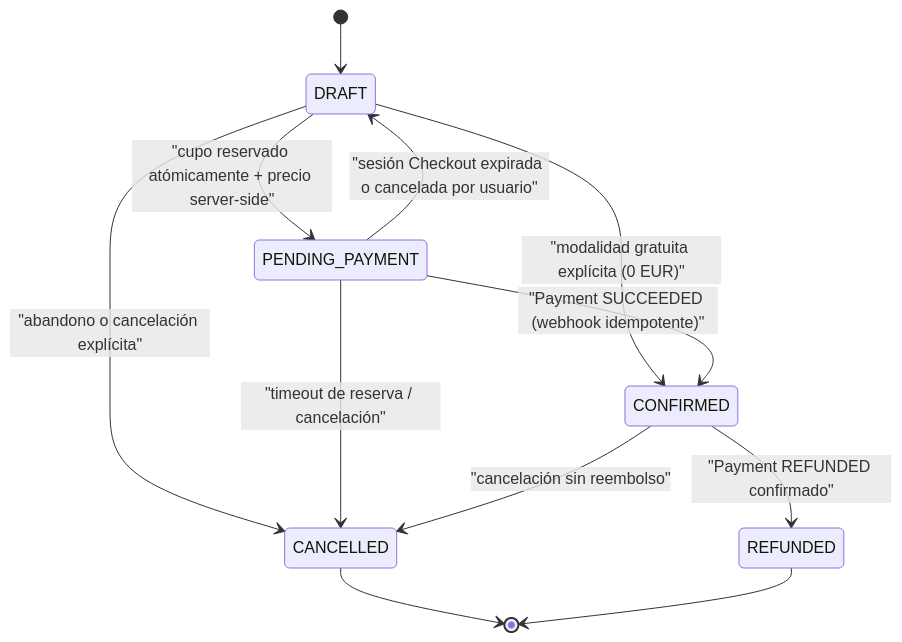
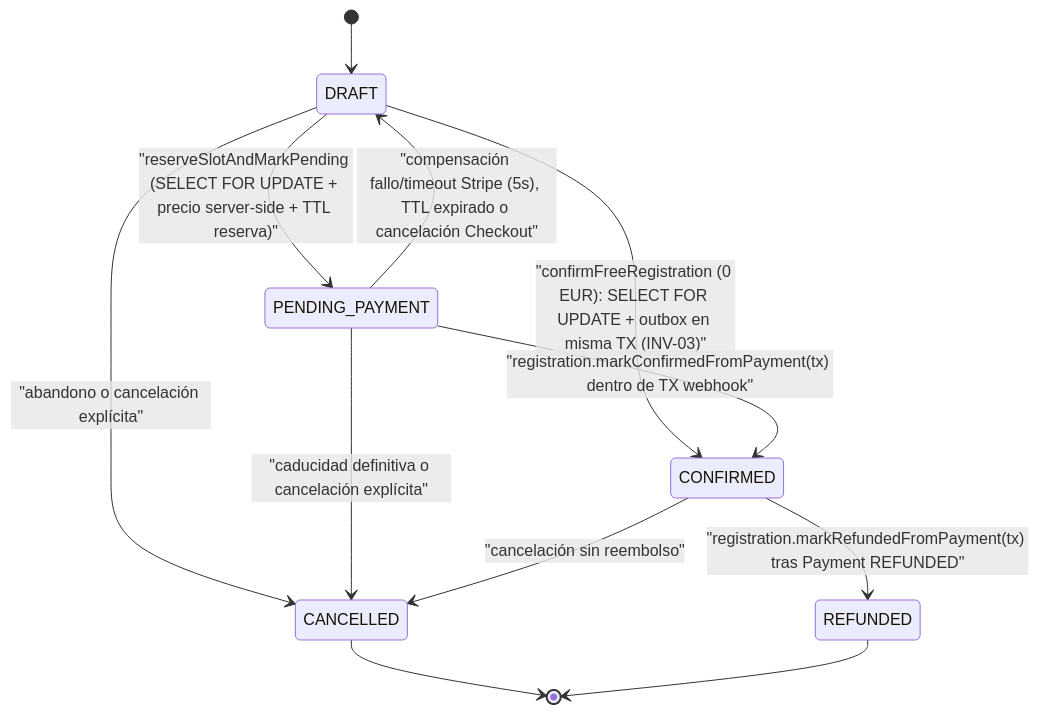
The third of 6 diagrams in docs/architecture/SYSTEM_ARCHITECTURE.md (davidcanolopez/oak_platform), drawn with Mermaid before and after one commit. The commit also changed other lines of this file and 7 other files, not shown here.

````diff
--- a/docs/architecture/SYSTEM_ARCHITECTURE.md
+++ b/docs/architecture/SYSTEM_ARCHITECTURE.md
@@ -67,14 +69,14 @@
 ```mermaid
 stateDiagram-v2
     [*] --> DRAFT
-    DRAFT --> PENDING_PAYMENT : "cupo reservado atómicamente + precio server-side"
-    DRAFT --> CONFIRMED : "modalidad gratuita explícita (0 EUR)"
+    DRAFT --> PENDING_PAYMENT : "reserveSlotAndMarkPending (SELECT FOR UPDATE + precio server-side + TTL reserva)"
+    DRAFT --> CONFIRMED : "confirmFreeRegistration (0 EUR): SELECT FOR UPDATE + outbox en misma TX (INV-03)"
     DRAFT --> CANCELLED : "abandono o cancelación explícita"
-    PENDING_PAYMENT --> DRAFT : "sesión Checkout expirada o cancelada por usuario"
-    PENDING_PAYMENT --> CONFIRMED : "Payment SUCCEEDED (webhook idempotente)"
-    PENDING_PAYMENT --> CANCELLED : "timeout de reserva / cancelación"
+    PENDING_PAYMENT --> DRAFT : "compensación fallo/timeout Stripe (5s), TTL expirado o cancelación Checkout"
+    PENDING_PAYMENT --> CONFIRMED : "registration.markConfirmedFromPayment(tx) dentro de TX webhook"
+    PENDING_PAYMENT --> CANCELLED : "caducidad definitiva o cancelación explícita"
     CONFIRMED --> CANCELLED : "cancelación sin reembolso"
-    CONFIRMED --> REFUNDED : "Payment REFUNDED confirmado"
+    CONFIRMED --> REFUNDED : "registration.markRefundedFromPayment(tx) tras Payment REFUNDED"
     CANCELLED --> [*]
     REFUNDED --> [*]
 ```
````
